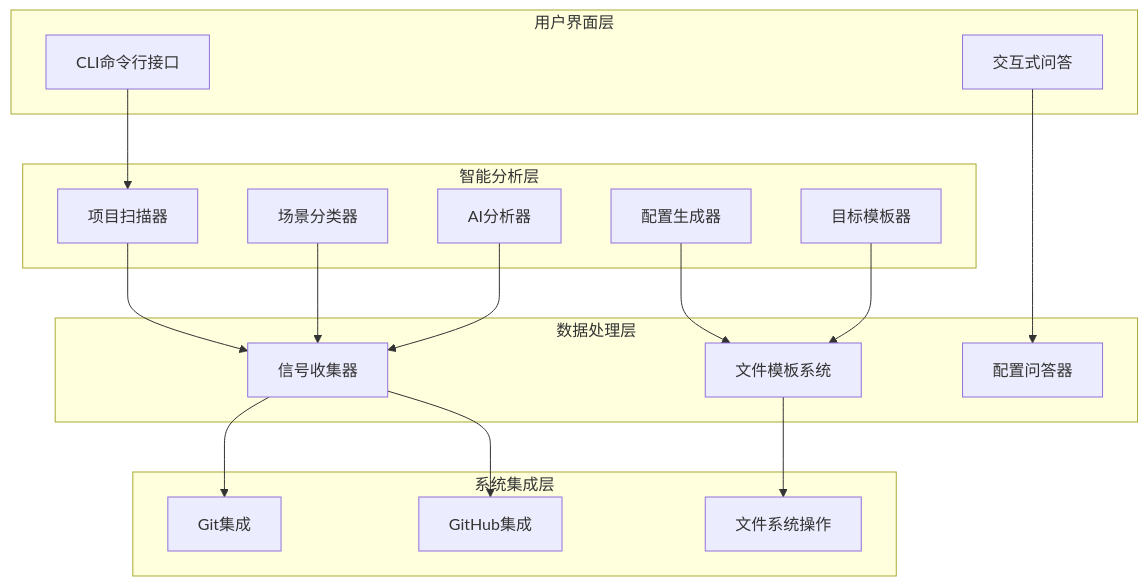
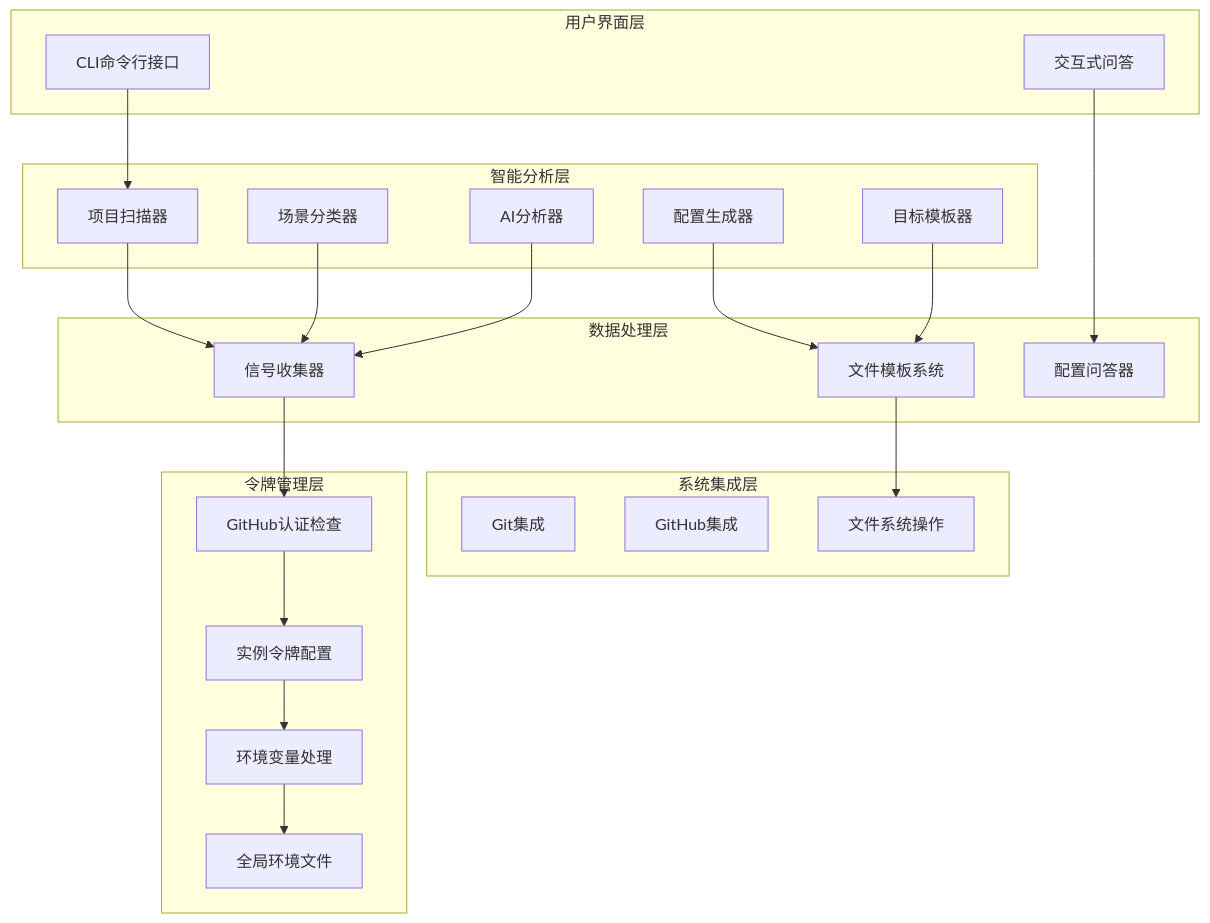
The third of 14 diagrams in .qoder/repowiki/zh/content/工具和实用程序/CLI初始化命令增强.md (pinsonchen/vivify), drawn with Mermaid before and after one commit. The commit also changed other lines of this file and 5 other files, not shown here.

````diff
--- a/.qoder/repowiki/zh/content/工具和实用程序/CLI初始化命令增强.md
+++ b/.qoder/repowiki/zh/content/工具和实用程序/CLI初始化命令增强.md
@@ -121,34 +151,42 @@
 ```mermaid
 graph TB
 subgraph "用户界面层"
 UI1[CLI命令行接口]
 UI2[交互式问答]
 end
 subgraph "智能分析层"
 IA1[项目扫描器]
 IA2[场景分类器]
 IA3[AI分析器]
 IA4[配置生成器]
 IA5[目标模板器]
+end
+subgraph "令牌管理层"
+TM1[GitHub认证检查]
+TM2[实例令牌配置]
+TM3[环境变量处理]
+TM4[全局环境文件]
 end
 subgraph "数据处理层"
 DP1[信号收集器]
 DP2[配置问答器]
 DP3[文件模板系统]
 end
 subgraph "系统集成层"
 SI1[Git集成]
 SI2[GitHub集成]
 SI3[文件系统操作]
 end
 UI1 --> IA1
 UI2 --> DP2
 IA1 --> DP1
 IA2 --> DP1
 IA3 --> DP1
 IA4 --> DP3
 IA5 --> DP3
-DP1 --> SI1
-DP1 --> SI2
+DP1 --> TM1
+TM1 --> TM2
+TM2 --> TM3
+TM3 --> TM4
 DP3 --> SI3
 ```
````
